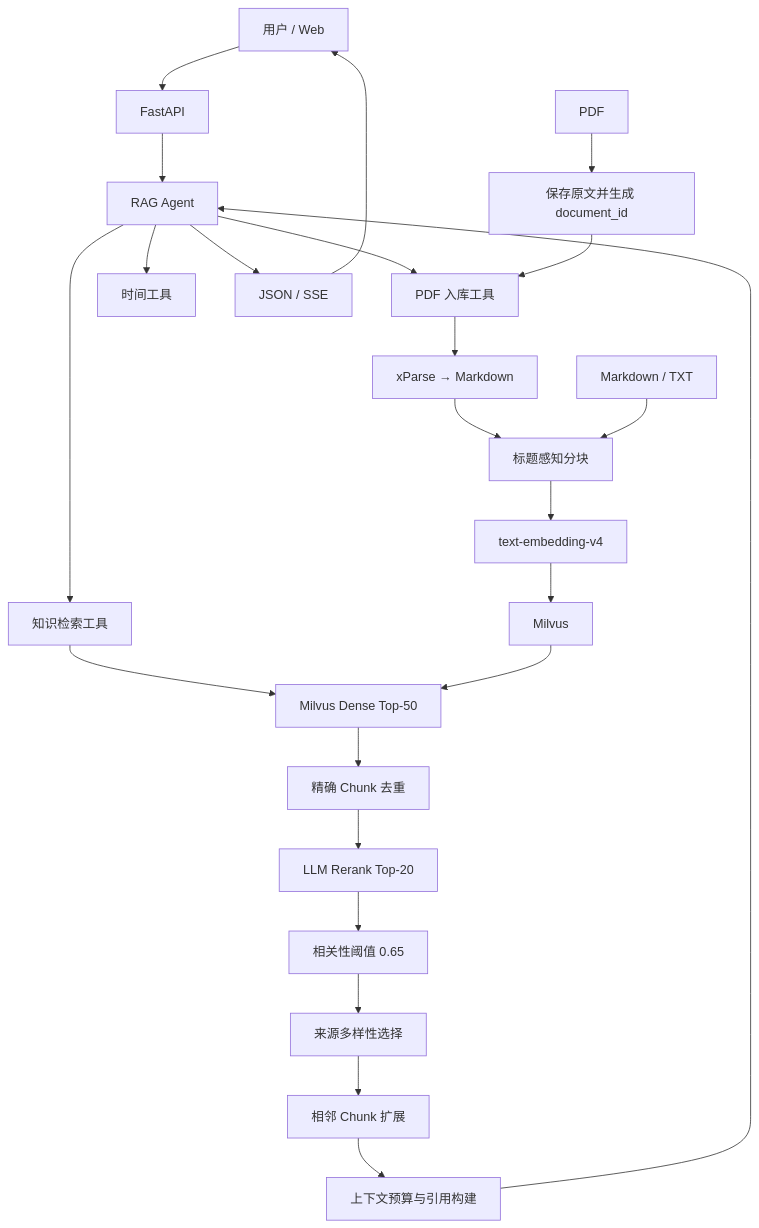
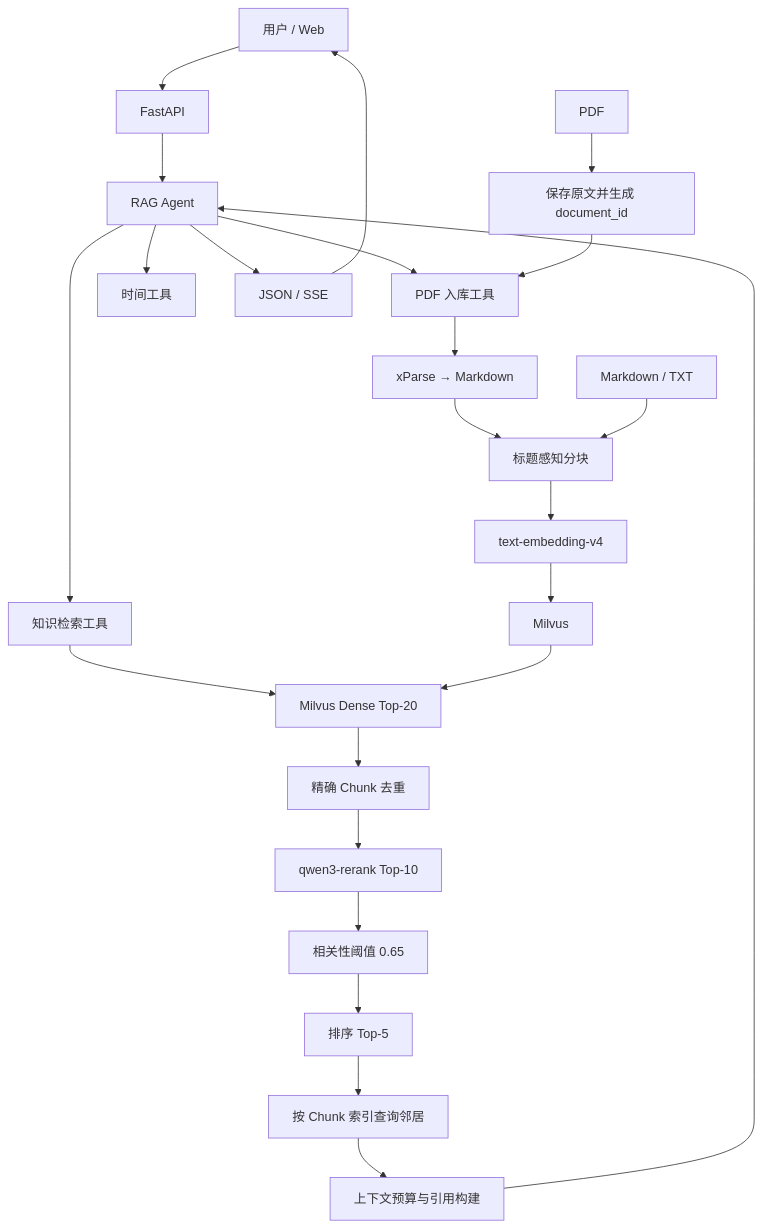
One commit to 200820xmc/biomedical_agent changed the diagram in README.md. Above: the diagram before and after it, drawn with Mermaid. The commit also changed other lines of this file and 121 other files, not shown here.

````diff
--- a/README.md
+++ b/README.md
@@ -21,29 +26,29 @@
 ```mermaid
 flowchart TD
     U["用户 / Web"] --> API["FastAPI"]
     API --> AGENT["RAG Agent"]
     AGENT --> KTOOL["知识检索工具"]
     AGENT --> PTOOL["PDF 入库工具"]
     AGENT --> TTOOL["时间工具"]
 
-    KTOOL --> RECALL["Milvus Dense Top-50"]
+    KTOOL --> RECALL["Milvus Dense Top-20"]
     RECALL --> DEDUP["精确 Chunk 去重"]
-    DEDUP --> RERANK["LLM Rerank Top-20"]
+    DEDUP --> RERANK["qwen3-rerank Top-10"]
     RERANK --> FILTER["相关性阈值 0.65"]
-    FILTER --> DIVERSITY["来源多样性选择"]
-    DIVERSITY --> EXPAND["相邻 Chunk 扩展"]
+    FILTER --> SELECT["排序 Top-5"]
+    SELECT --> EXPAND["按 Chunk 索引查询邻居"]
     EXPAND --> CONTEXT["上下文预算与引用构建"]
     CONTEXT --> AGENT
 
     PDF["PDF"] --> UPLOAD["保存原文并生成 document_id"]
     UPLOAD --> PTOOL
     PTOOL --> XPARSE["xParse → Markdown"]
     XPARSE --> SPLIT["标题感知分块"]
     MDTXT["Markdown / TXT"] --> SPLIT
     SPLIT --> EMB["text-embedding-v4"]
     EMB --> MILVUS["Milvus"]
     MILVUS --> RECALL
 
     AGENT --> SSE["JSON / SSE"]
     SSE --> U
 ```
````
